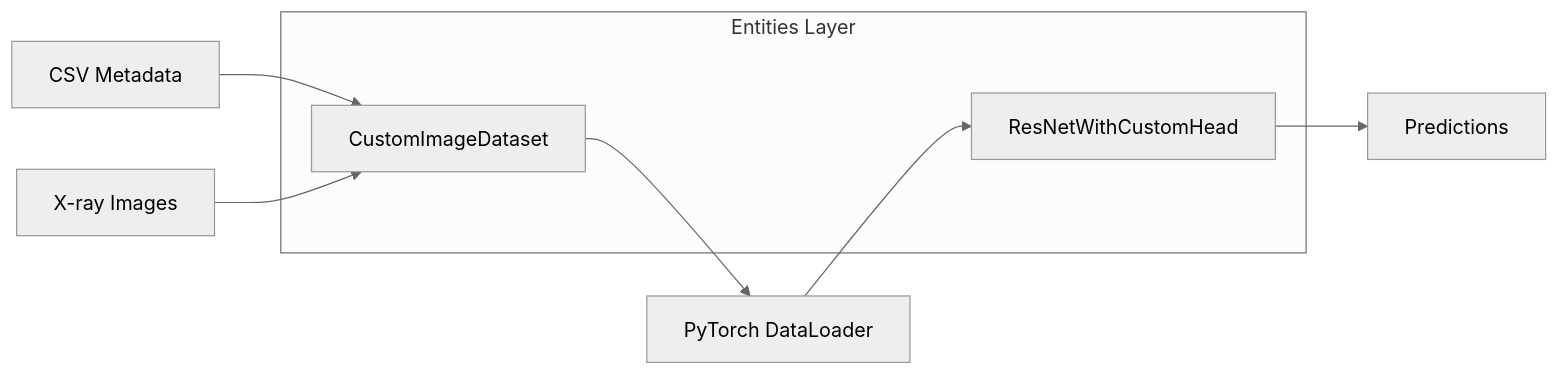
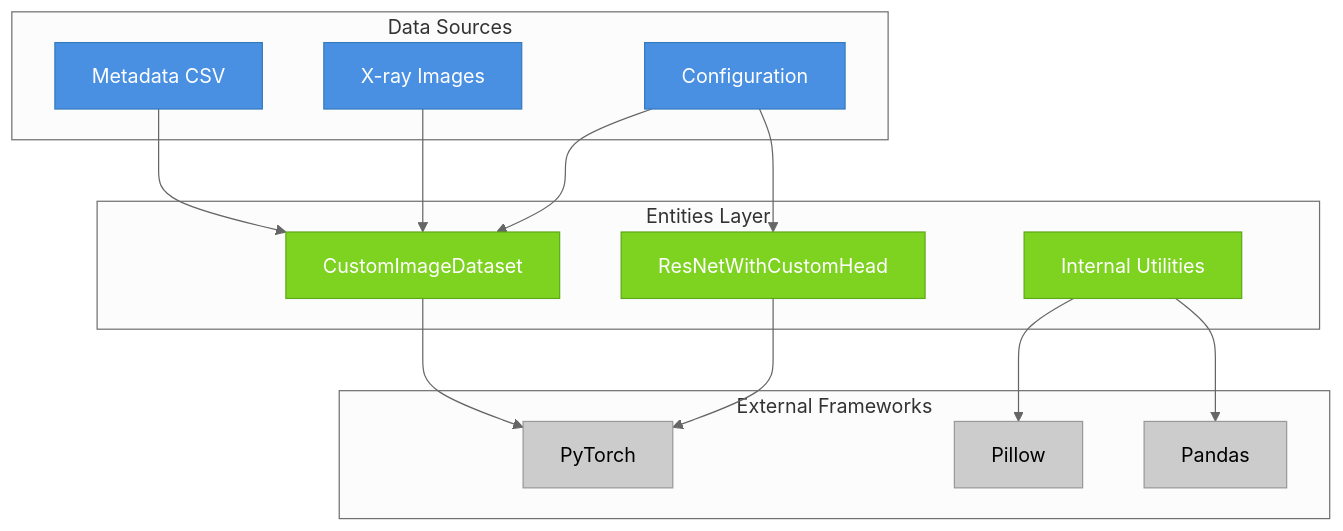
One commit to h19overflow/federated_learning changed the first of 7 diagrams in federated_pneumonia_detection/src/entities/README.md. Above: the diagram before and after it, drawn with Mermaid (neutral theme). The commit also changed other lines of this file and 8 other files, not shown here.

````diff
--- a/federated_pneumonia_detection/src/entities/README.md
+++ b/federated_pneumonia_detection/src/entities/README.md
@@ -7,13 +20,38 @@
 ```mermaid
-flowchart LR
+flowchart TB
+    subgraph Data["Data Sources"]
+        CSV[Metadata CSV]
+        Images[X-ray Images]
+        Config[Configuration]
+    end
+
     subgraph Entities["Entities Layer"]
         Dataset[CustomImageDataset]
         Model[ResNetWithCustomHead]
+        Utils[Internal Utilities]
     end
 
-    CSV[CSV Metadata] --> Dataset
-    Images[X-ray Images] --> Dataset
-    Dataset --> DataLoader[PyTorch DataLoader]
-    DataLoader --> Model
-    Model --> Predictions[Predictions]
+    subgraph Frameworks["External Frameworks"]
+        PyTorch[PyTorch]
+        PIL[Pillow]
+        Pandas[Pandas]
+    end
+
+    CSV --> Dataset
+    Images --> Dataset
+    Config --> Dataset
+    Config --> Model
+    
+    Dataset --> PyTorch
+    Model --> PyTorch
+    Utils --> PIL
+    Utils --> Pandas
+
+    classDef entities fill:#7ED321,stroke:#5FA818,color:#fff
+    classDef data fill:#4A90E2,stroke:#357ABD,color:#fff
+    classDef framework fill:#CCCCCC,stroke:#999999,color:#000
+
+    class Dataset,Model,Utils entities
+    class CSV,Images,Config data
+    class PyTorch,PIL,Pandas framework
 ```
````
